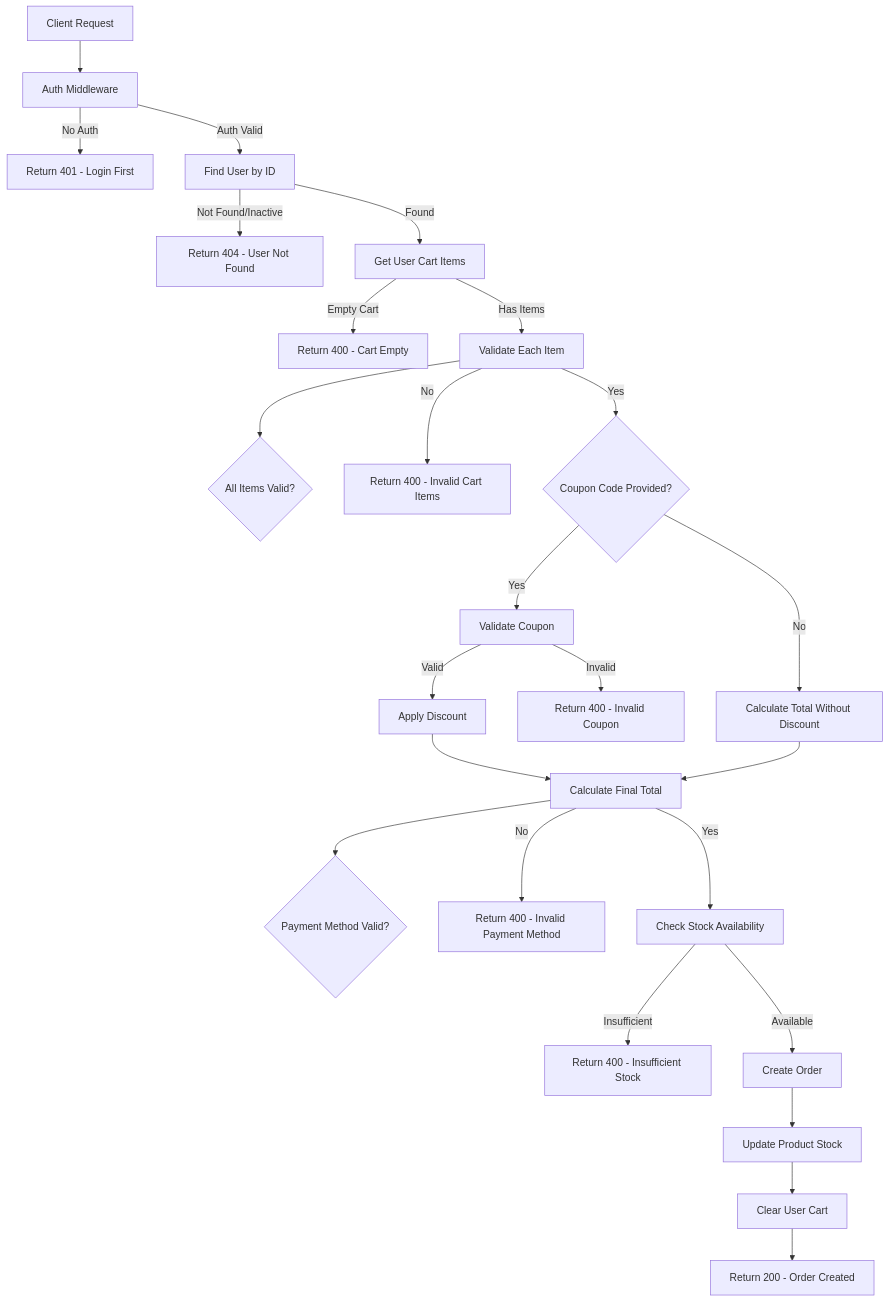
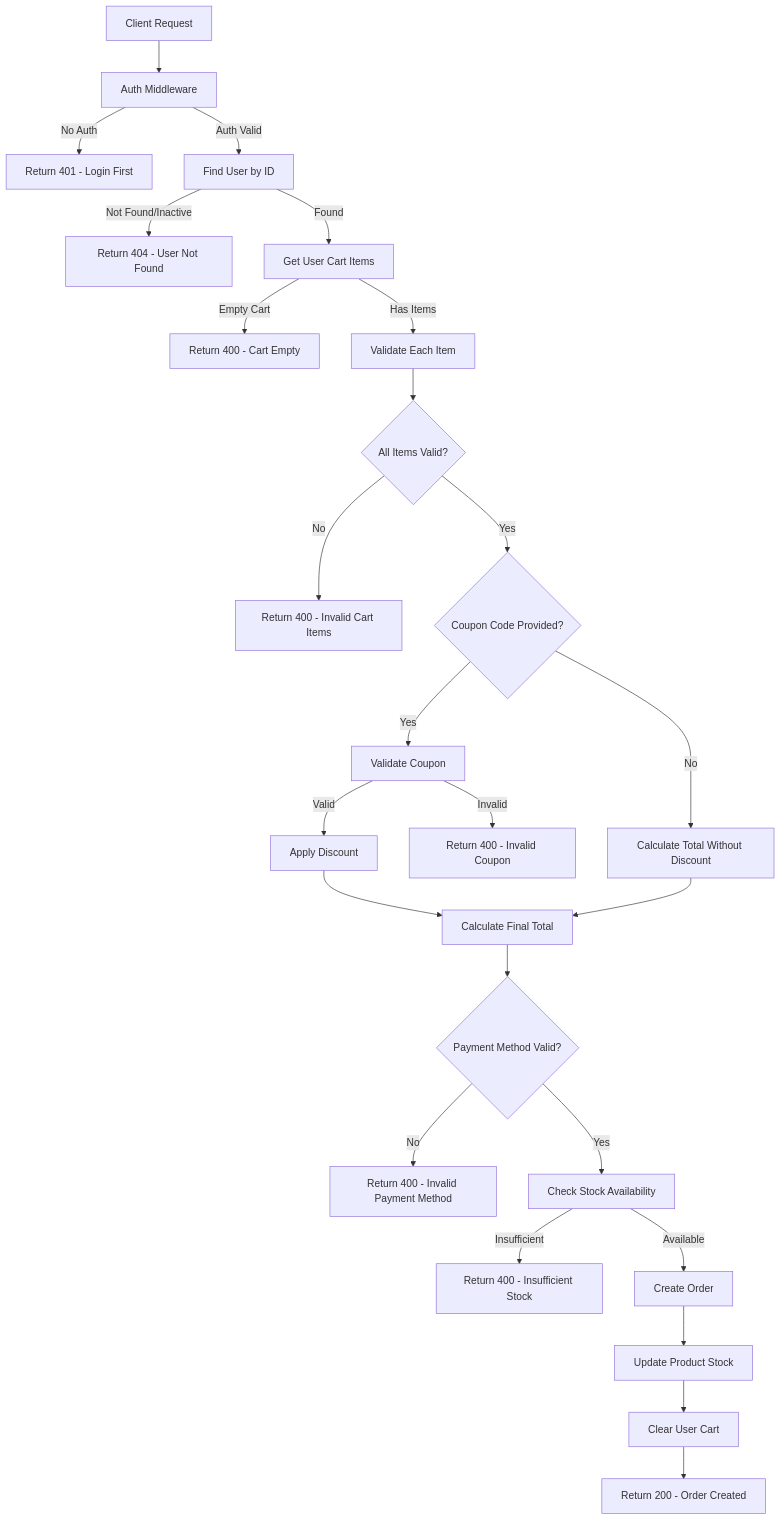
Before and after one commit to YB122/e-commerce-back-end: diagram 37 of 46 in README.md, drawn with Mermaid. The commit also changed other lines of this file, not shown here.

````diff
--- a/README.md
+++ b/README.md
@@ -1052,27 +1052,27 @@
 ```mermaid
 flowchart TD
     A[Client Request] --> B[Auth Middleware]
     B -->|No Auth| C[Return 401 - Login First]
     B -->|Auth Valid| D[Find User by ID]
     D -->|Not Found/Inactive| E[Return 404 - User Not Found]
     D -->|Found| F[Get User Cart Items]
     F -->|Empty Cart| G[Return 400 - Cart Empty]
     F -->|Has Items| H[Validate Each Item]
     H --> I{All Items Valid?}
-    H -->|No| J[Return 400 - Invalid Cart Items]
-    H -->|Yes| K{Coupon Code Provided?}
+    I -->|No| J[Return 400 - Invalid Cart Items]
+    I -->|Yes| K{Coupon Code Provided?}
     K -->|Yes| L[Validate Coupon]
     K -->|No| M[Calculate Total Without Discount]
     L -->|Invalid| N[Return 400 - Invalid Coupon]
     L -->|Valid| O[Apply Discount]
     O --> P[Calculate Final Total]
     M --> P
     P --> Q{Payment Method Valid?}
-    P -->|No| R[Return 400 - Invalid Payment Method]
-    P -->|Yes| S[Check Stock Availability]
+    Q -->|No| R[Return 400 - Invalid Payment Method]
+    Q -->|Yes| S[Check Stock Availability]
     S -->|Insufficient| T[Return 400 - Insufficient Stock]
     S -->|Available| U[Create Order]
     U --> V[Update Product Stock]
     V --> W[Clear User Cart]
     W --> X[Return 200 - Order Created]
 ```
````
